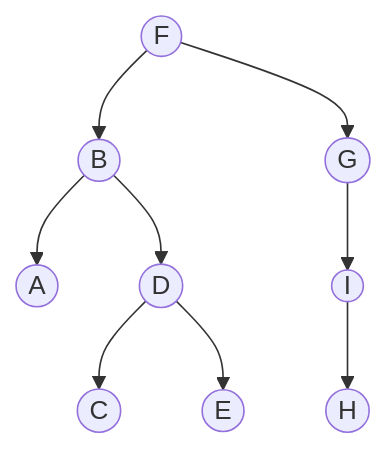
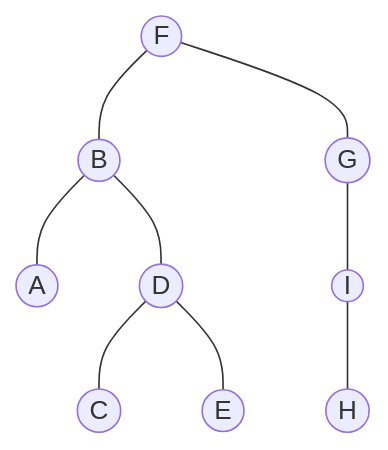
One commit to DLatreyte/hugo-site-source changed the diagram in content/terminales-nsi/ece/sujet_28.md. Above: the diagram before and after it, drawn with Mermaid. The commit also changed other lines of this file and 14 other files, not shown here.

```diff
--- a/content/terminales-nsi/ece/sujet_28.md
+++ b/content/terminales-nsi/ece/sujet_28.md
@@ -22,11 +22,11 @@
 {{<mermaid>}}
 graph TD
-    F((F)) --> B((B))
-    F((F)) --> G((G))
-    B((B)) --> A((A))
-    B((B)) --> D((D))
-    G((G)) --> I((I))
-    D((D)) --> C((C))
-    D((D)) --> E((E)) 
-    I((I)) --> H((H))
+    F((F)) --- B((B))
+    F((F)) --- G((G))
+    B((B)) --- A((A))
+    B((B)) --- D((D))
+    G((G)) --- I((I))
+    D((D)) --- C((C))
+    D((D)) --- E((E))
+    I((I)) --- H((H))
 {{</mermaid>}}
```
